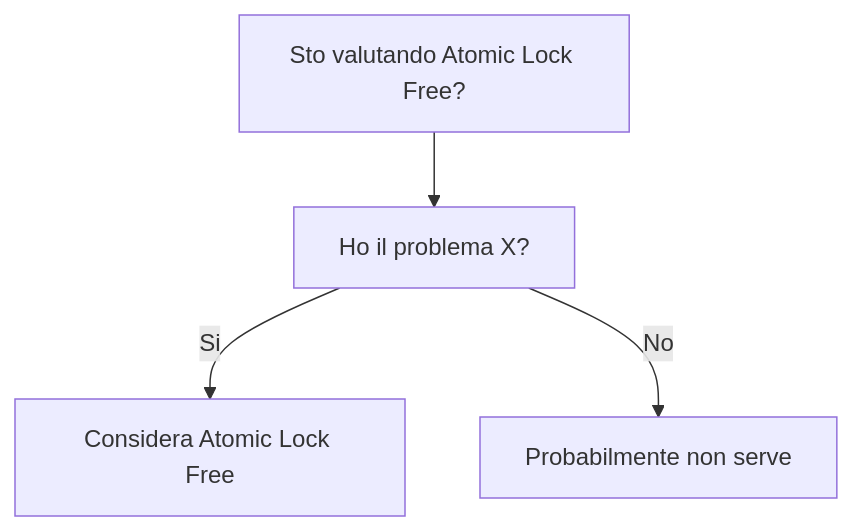
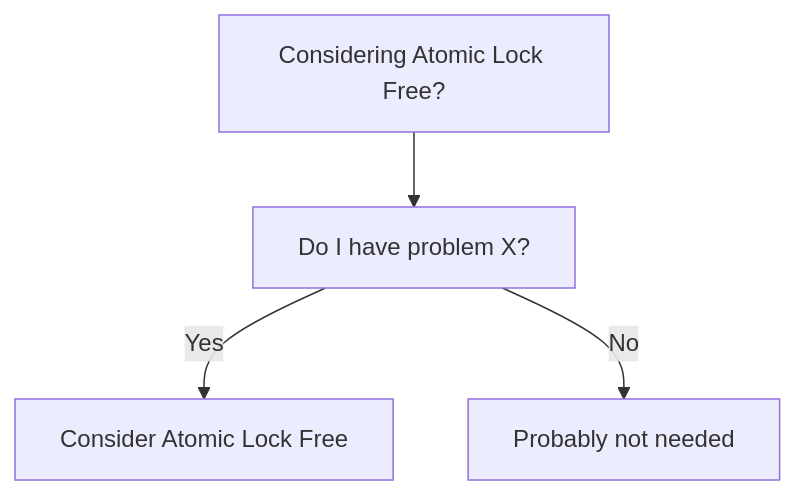
The diagram in dev-wiki/04_Concurrency/Atomic_Lock_Free/When_To_Use.md (HxT9/Software-Dev-Wiki), drawn with Mermaid before and after one commit. The commit also changed other lines of this file and 3444 other files, not shown here.

````diff
--- a/dev-wiki/04_Concurrency/Atomic_Lock_Free/When_To_Use.md
+++ b/dev-wiki/04_Concurrency/Atomic_Lock_Free/When_To_Use.md
@@ -19,6 +19,6 @@
 ```mermaid
 flowchart TD
-  Q[Sto valutando Atomic Lock Free?] --> Q1[Ho il problema X?]
-  Q1 -->|Si| OK[Considera Atomic Lock Free]
-  Q1 -->|No| NO[Probabilmente non serve]
+  Q[Considering Atomic Lock Free?] --> Q1[Do I have problem X?]
+  Q1 -->|Yes| OK[Consider Atomic Lock Free]
+  Q1 -->|No| NO[Probably not needed]
 ```
````
